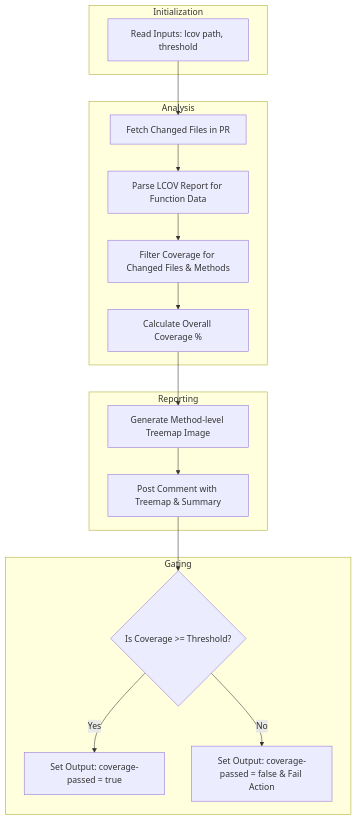
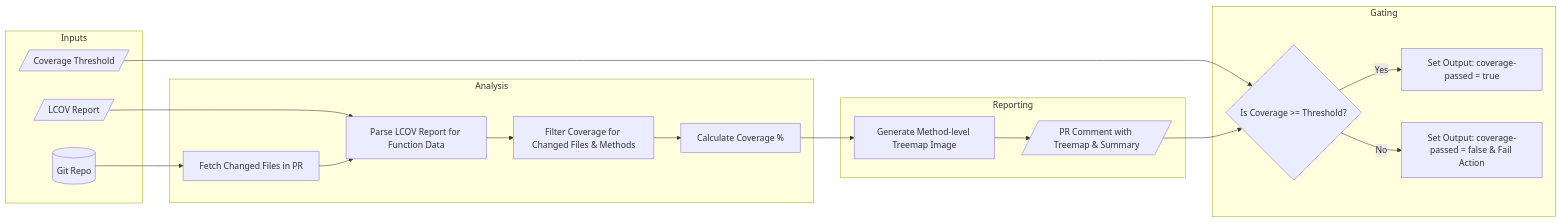
The diagram in README.md (maxbirkner/coveragemap), drawn with Mermaid before and after one commit.

Commit message:
refine flow chart

````diff
--- a/README.md
+++ b/README.md
@@ -37,28 +37,38 @@
 ```mermaid
-graph TD
-    subgraph Initialization
-        A[Read Inputs: lcov path, threshold]
-    end
+flowchart LR
+  subgraph Inputs
+    A1[/LCOV Report/]
+    A2[/Coverage Threshold/]
+    A3[(Git Repo)]
+  end
 
-    subgraph Analysis
-        B[Fetch Changed Files in PR]
-        C[Parse LCOV Report for Function Data]
-        D[Filter Coverage for Changed Files & Methods]
-        E[Calculate Overall Coverage %]
-    end
+  subgraph Analysis
+    B[Fetch Changed Files in PR]
+    C[Parse LCOV Report for Function Data]
+    D[Filter Coverage for Changed Files & Methods]
+    E[Calculate Coverage %]
+  end
 
-    subgraph Reporting
-        F[Generate Method-level Treemap Image]
-        G[Post Comment with Treemap & Summary]
-    end
+  subgraph Reporting
+    F[Generate Method-level Treemap Image]
+    G[/PR Comment with Treemap & Summary/]
+  end
 
-    subgraph Gating
-        H{Is Coverage >= Threshold?}
-        I[Set Output: coverage-passed = true]
-        J[Set Output: coverage-passed = false & Fail Action]
-    end
+  subgraph Gating
+    H{Is Coverage >= Threshold?}
+    I[Set Output: coverage-passed = true]
+    J[Set Output: coverage-passed = false & Fail Action]
+  end
 
-    A --> B --> C --> D --> E --> F --> G --> H
-    H -- Yes --> I
-    H -- No --> J
+  A1 --> C
+  A2 --> H
+  A3 --> B
+  B --> C --> D --> E --> F --> G --> H
+  H -- Yes --> I
+  H -- No --> J
+
+  %% Shapes legend:
+  %% /Parallelogram/ = Input/Output, (Cylinder) = Database/Git repo
+  %% G is the output parallelogram (PR comment with treemap)
+  %% A3 is the cylindrical Git repo node
 ```
````
